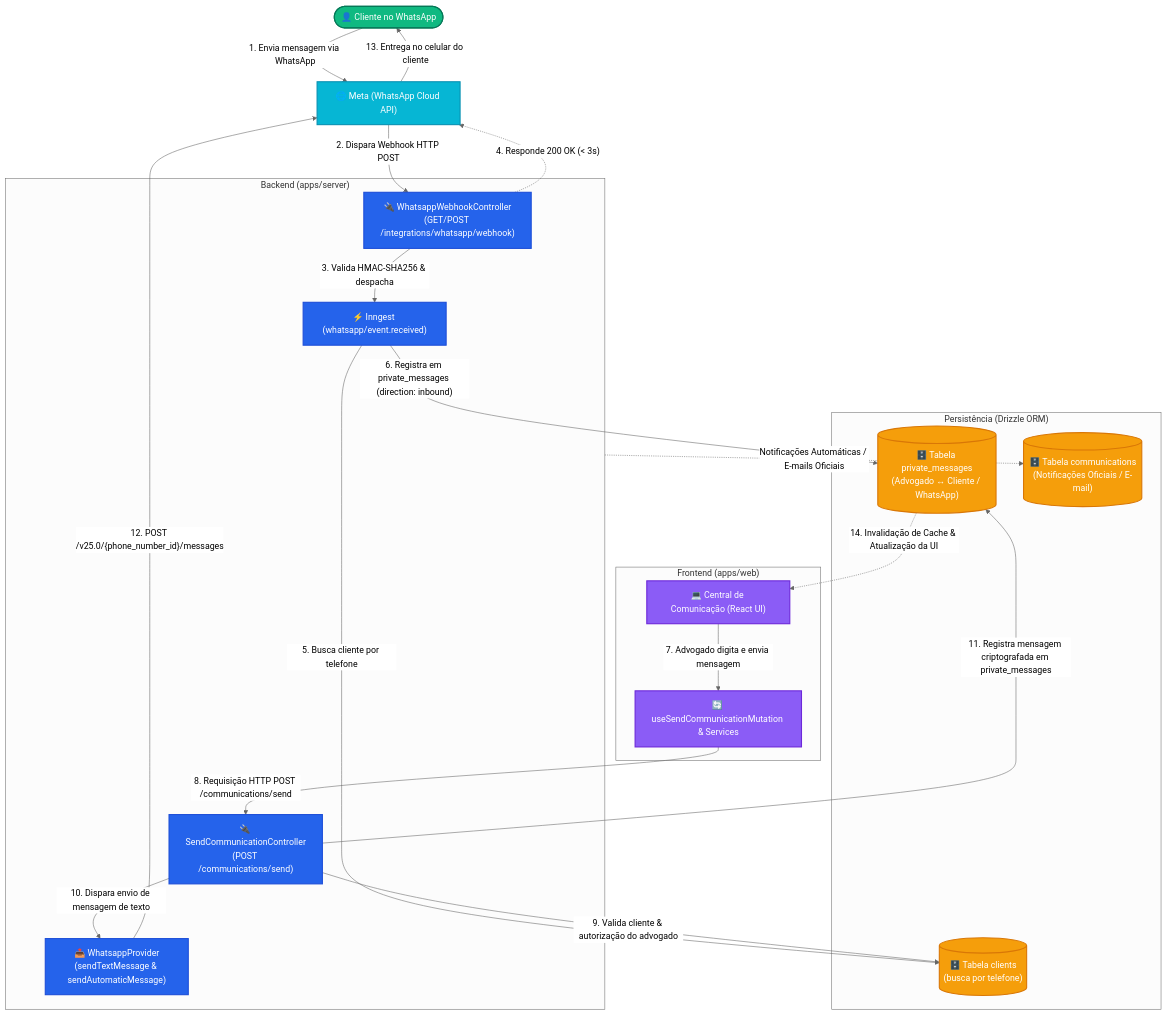
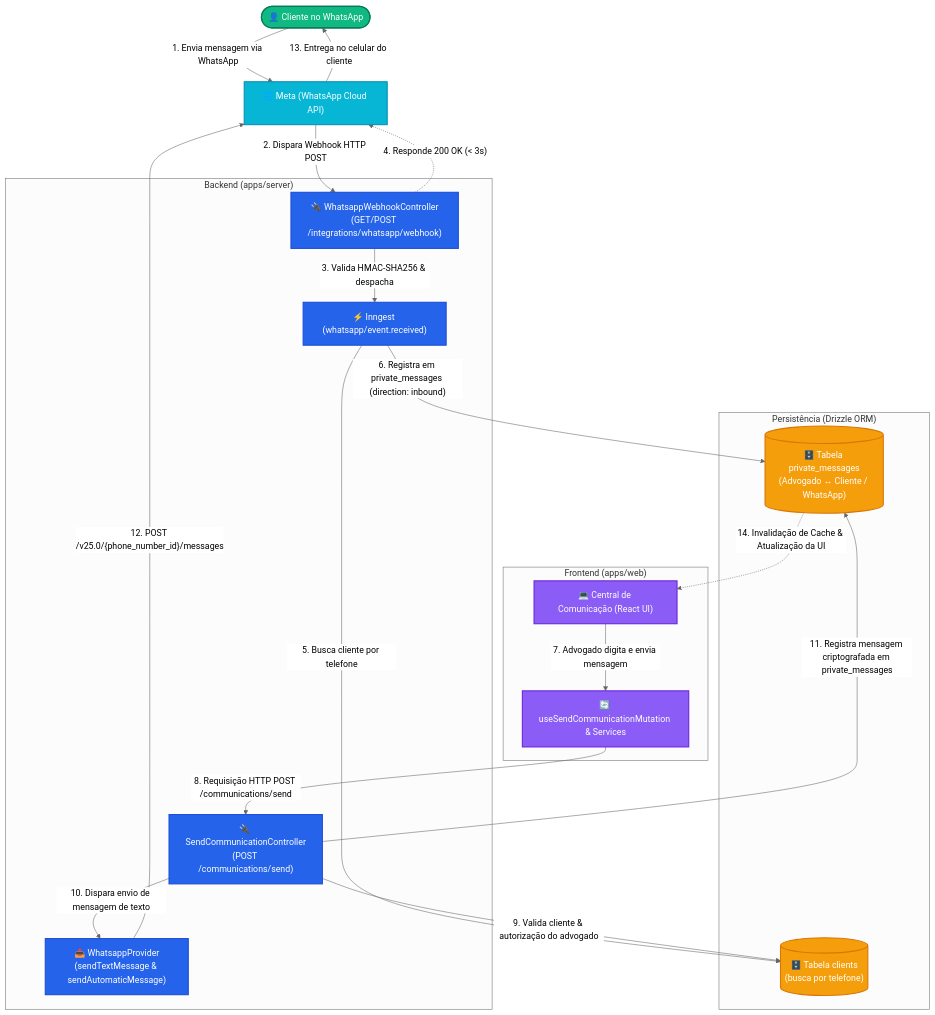
One commit to hms-society/hms changed the first of 2 diagrams in apps/server/src/shared/communication/webhook-mermaid.md. Above: the diagram before and after it, drawn with Mermaid (neutral theme). The commit also changed other lines of this file, not shown here.

Commit message:
docs(server): remove communications table reference from WhatsApp diagram

````diff
--- a/apps/server/src/shared/communication/webhook-mermaid.md
+++ b/apps/server/src/shared/communication/webhook-mermaid.md
@@ -9,57 +9,53 @@
 ```mermaid
 graph TD
     %% Estilos de nós
     classDef client fill:#10b981,stroke:#047857,color:#ffffff,stroke-width:2px;
     classDef meta fill:#06b6d4,stroke:#0891b2,color:#ffffff,stroke-width:2px;
     classDef server fill:#2563eb,stroke:#1d4ed8,color:#ffffff,stroke-width:2px;
     classDef web fill:#8b5cf6,stroke:#6d28d9,color:#ffffff,stroke-width:2px;
     classDef db fill:#f59e0b,stroke:#d97706,color:#ffffff,stroke-width:2px;
 
     %% Atores e Plataformas Externas
     Cliente(["👤 Cliente no WhatsApp"]):::client
     MetaAPI["🌐 Meta (WhatsApp Cloud API)"]:::meta
 
     %% Frontend (Web App)
     subgraph Web_App ["Frontend (apps/web)"]
         ChatUI["💻 Central de Comunicação (React UI)"]:::web
         ReactQuery["🔄 useSendCommunicationMutation & Services"]:::web
     end
 
     %% Backend (Server App)
     subgraph HMS_Server ["Backend (apps/server)"]
         WebhookCtrl["🔌 WhatsappWebhookController<br/>(GET/POST /integrations/whatsapp/webhook)"]:::server
         SendCtrl["🔌 SendCommunicationController<br/>(POST /communications/send)"]:::server
         InngestJob["⚡ Inngest (whatsapp/event.received)"]:::server
         WhatsappProv["📤 WhatsappProvider<br/>(sendTextMessage & sendAutomaticMessage)"]:::server
     end
 
     %% Banco de Dados
     subgraph Database ["Persistência (Drizzle ORM)"]
         DBPrivateMsgs[("🗄️ Tabela private_messages<br/>(Advogado ↔ Cliente / WhatsApp)")]:::db
-        DBCommunications[("🗄️ Tabela communications<br/>(Notificações Oficiais / E-mail)")]:::db
         DBClients[("🗄️ Tabela clients<br/>(busca por telefone)")]:::db
     end
 
     %% FLUXO INBOUND (Entrada no Chat WhatsApp)
     Cliente -->|"1. Envia mensagem via WhatsApp"| MetaAPI
     MetaAPI -->|"2. Dispara Webhook HTTP POST"| WebhookCtrl
     WebhookCtrl -->|"3. Valida HMAC-SHA256 & despacha"| InngestJob
     WebhookCtrl -.->|"4. Responde 200 OK (< 3s)"| MetaAPI
     InngestJob -->|"5. Busca cliente por telefone"| DBClients
     InngestJob -->|"6. Registra em private_messages (direction: inbound)"| DBPrivateMsgs
 
     %% FLUXO OUTBOUND (Saída pelo Advogado na UI)
     ChatUI -->|"7. Advogado digita e envia mensagem"| ReactQuery
     ReactQuery -->|"8. Requisição HTTP POST /communications/send"| SendCtrl
     SendCtrl -->|"9. Valida cliente & autorização do advogado"| DBClients
     SendCtrl -->|"10. Dispara envio de mensagem de texto"| WhatsappProv
     SendCtrl -->|"11. Registra mensagem criptografada em private_messages"| DBPrivateMsgs
     WhatsappProv -->|"12. POST /v25.0/{phone_number_id}/messages"| MetaAPI
     MetaAPI -->|"13. Entrega no celular do cliente"| Cliente
 
     %% ATUALIZAÇÃO REATIVA DA UI
     DBPrivateMsgs -.->|"14. Invalidação de Cache & Atualização da UI"| ChatUI
-
-    %% NOTIFICAÇÕES OFICIAIS DO SISTEMA
-    HMS_Server -.->|"Notificações Automáticas / E-mails Oficiais"| DBCommunications
 ```
````
